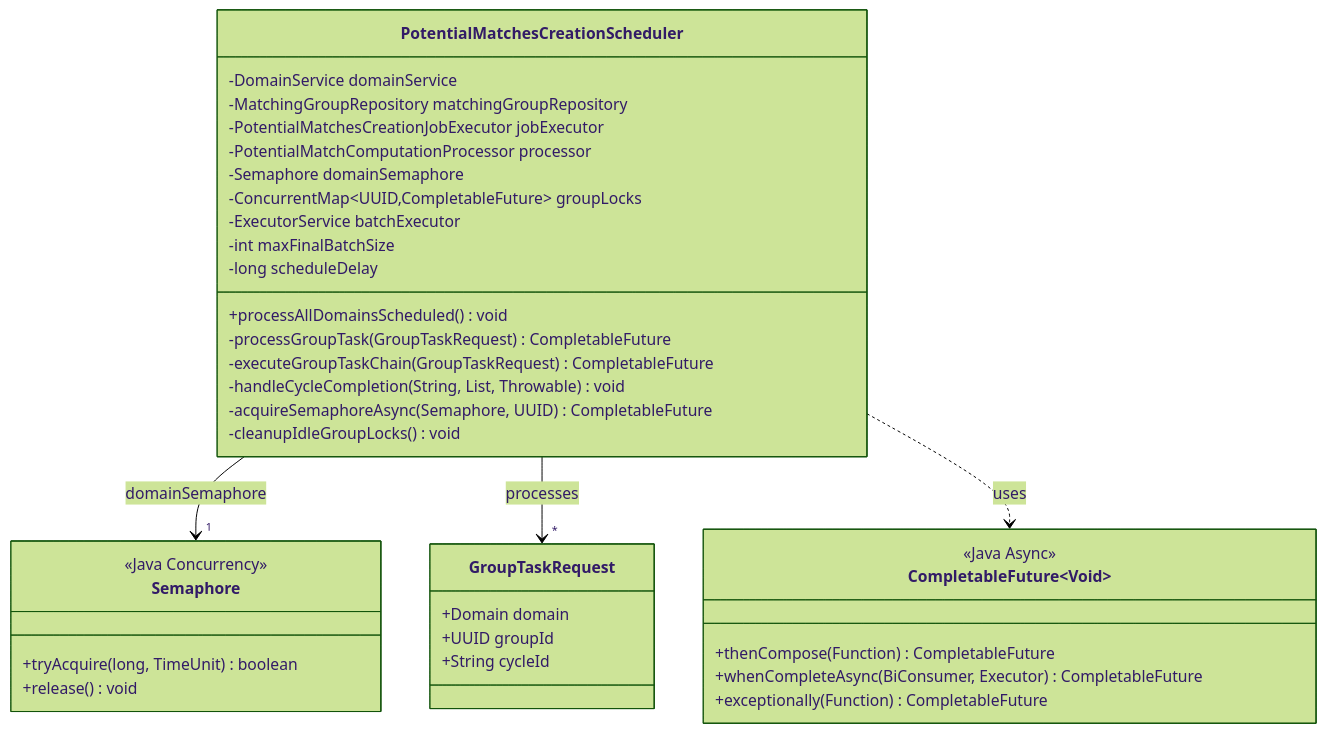
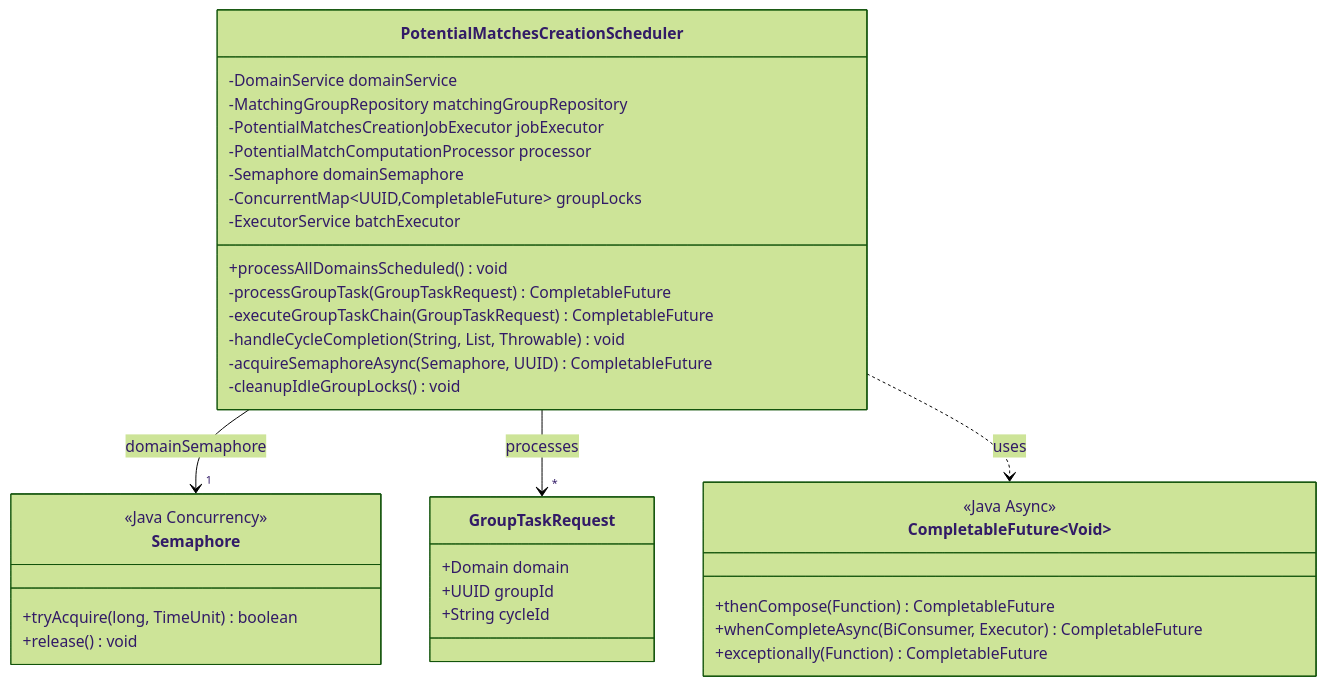
Before and after one commit to kagit00/schedule_x: the fourth of 25 diagrams in docs/Low Level Designs/ScheduledPotentialMatchesCreation.md, drawn with Mermaid (forest theme). The commit also changed other lines of this file and 7 other files, not shown here.

````diff
--- a/docs/Low Level Designs/ScheduledPotentialMatchesCreation.md
+++ b/docs/Low Level Designs/ScheduledPotentialMatchesCreation.md
@@ -262,43 +192,41 @@
 ```mermaid
 classDiagram
     class PotentialMatchesCreationScheduler {
         -DomainService domainService
         -MatchingGroupRepository matchingGroupRepository
         -PotentialMatchesCreationJobExecutor jobExecutor
         -PotentialMatchComputationProcessor processor
         -Semaphore domainSemaphore
         -ConcurrentMap~UUID,CompletableFuture~ groupLocks
         -ExecutorService batchExecutor
-        -int maxFinalBatchSize
-        -long scheduleDelay
         +processAllDomainsScheduled() void
         -processGroupTask(GroupTaskRequest) CompletableFuture
         -executeGroupTaskChain(GroupTaskRequest) CompletableFuture
         -handleCycleCompletion(String, List, Throwable) void
         -acquireSemaphoreAsync(Semaphore, UUID) CompletableFuture
         -cleanupIdleGroupLocks() void
     }
-    
+   
     class GroupTaskRequest {
         +Domain domain
         +UUID groupId
         +String cycleId
     }
-    
+   
     class Semaphore {
         <<Java Concurrency>>
         +tryAcquire(long, TimeUnit) boolean
         +release() void
     }
-    
+   
     class CompletableFuture~Void~ {
         <<Java Async>>
         +thenCompose(Function) CompletableFuture
         +whenCompleteAsync(BiConsumer, Executor) CompletableFuture
         +exceptionally(Function) CompletableFuture
     }
-    
+   
     PotentialMatchesCreationScheduler --> "1" Semaphore : domainSemaphore
     PotentialMatchesCreationScheduler --> "*" GroupTaskRequest : processes
     PotentialMatchesCreationScheduler ..> CompletableFuture : uses
 ```
````
